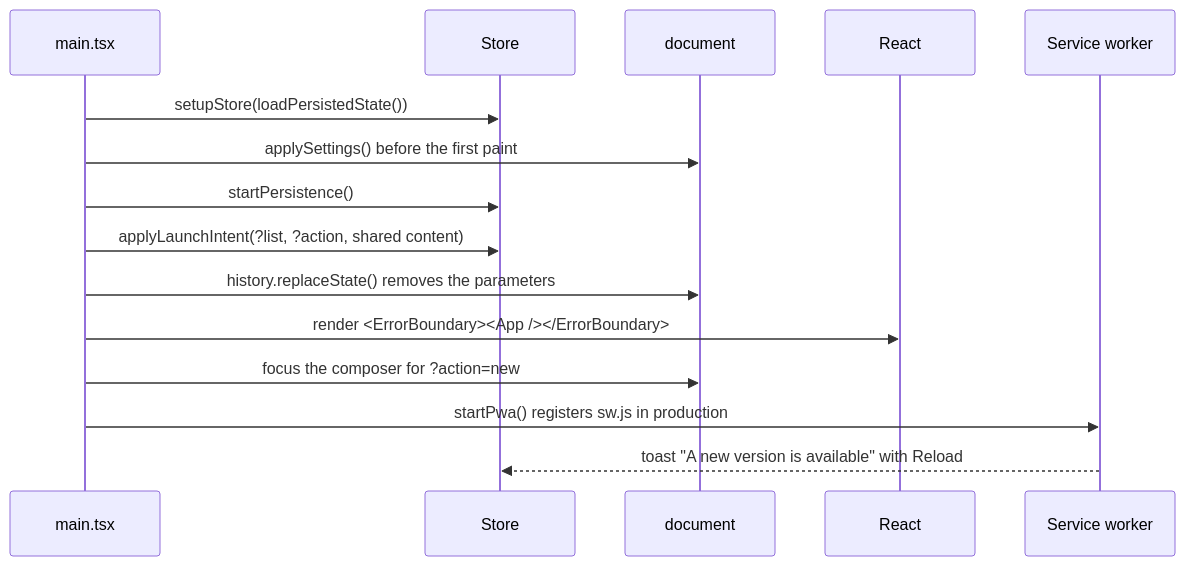
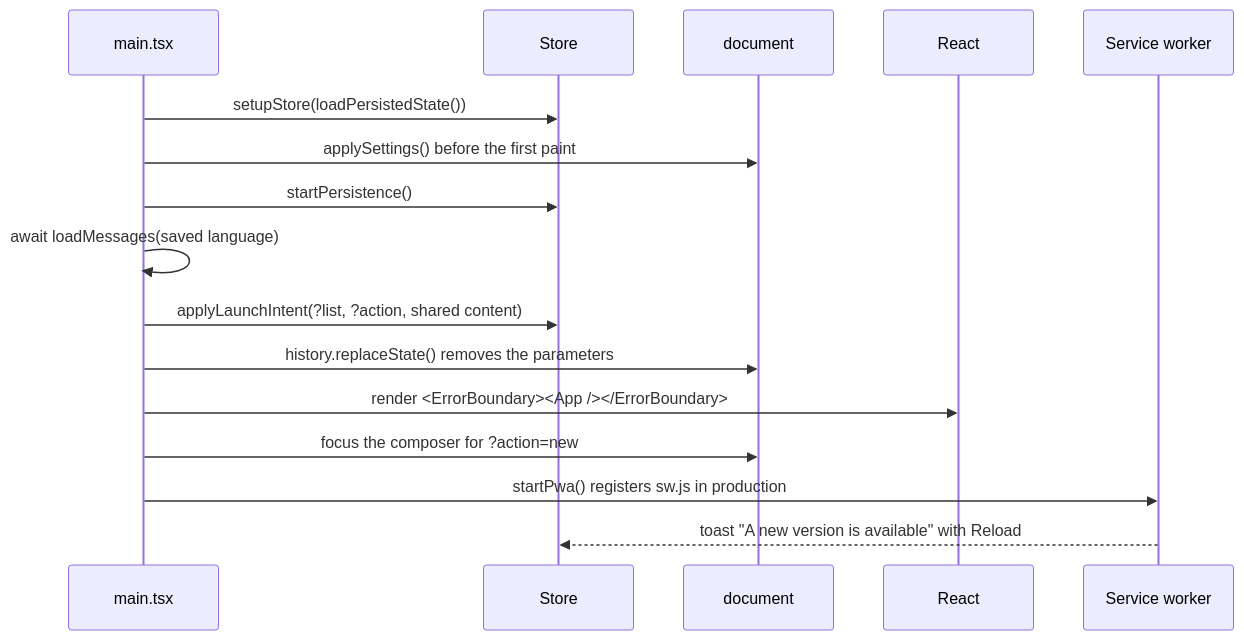
One commit to sacrificed666/react-todo-app changed the eighth of 8 diagrams in docs/architecture.md. Above: the diagram before and after it, drawn with Mermaid. The commit also changed other lines of this file and 102 other files, not shown here.

````diff
--- a/docs/architecture.md
+++ b/docs/architecture.md
@@ -282,17 +284,18 @@
 ```mermaid
 sequenceDiagram
   participant Main as main.tsx
   participant Store
   participant DOM as document
   participant React
   participant SW as Service worker
   Main->>Store: setupStore(loadPersistedState())
   Main->>DOM: applySettings() before the first paint
   Main->>Store: startPersistence()
+  Main->>Main: await loadMessages(saved language)
   Main->>Store: applyLaunchIntent(?list, ?action, shared content)
   Main->>DOM: history.replaceState() removes the parameters
   Main->>React: render <ErrorBoundary><App /></ErrorBoundary>
   Main->>DOM: focus the composer for ?action=new
   Main->>SW: startPwa() registers sw.js in production
   SW-->>Store: toast "A new version is available" with Reload
 ```
````
